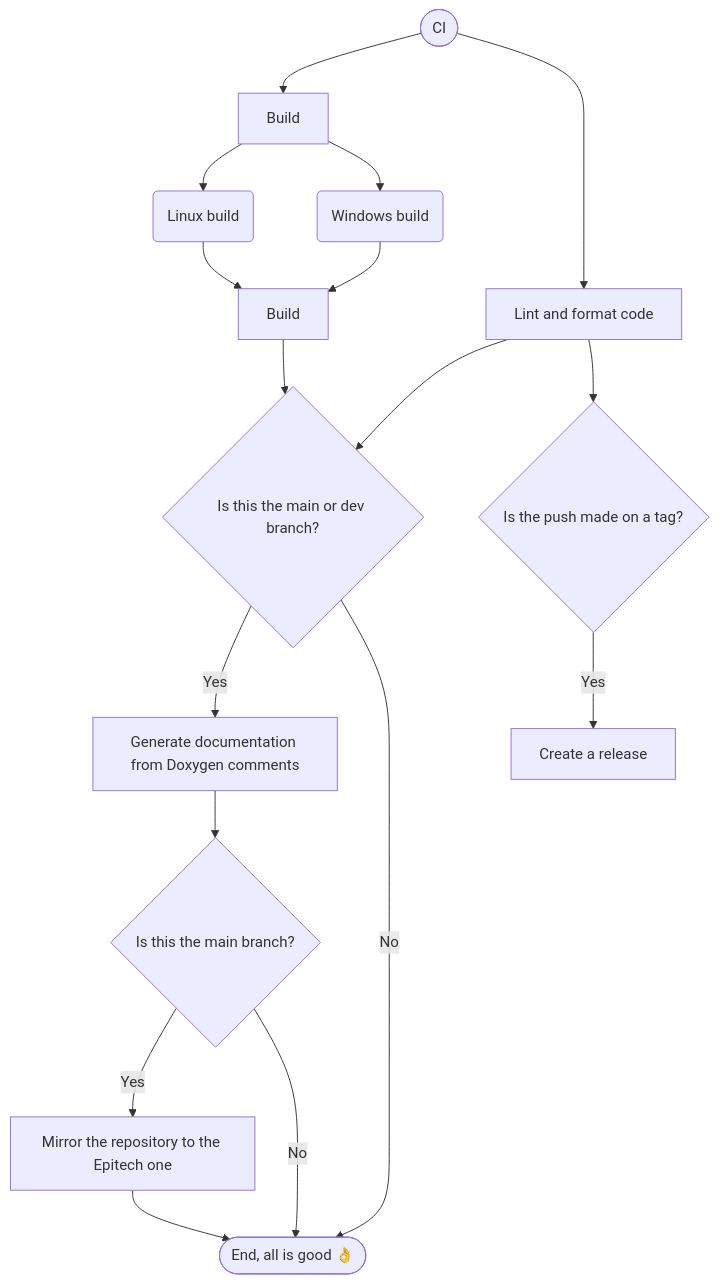
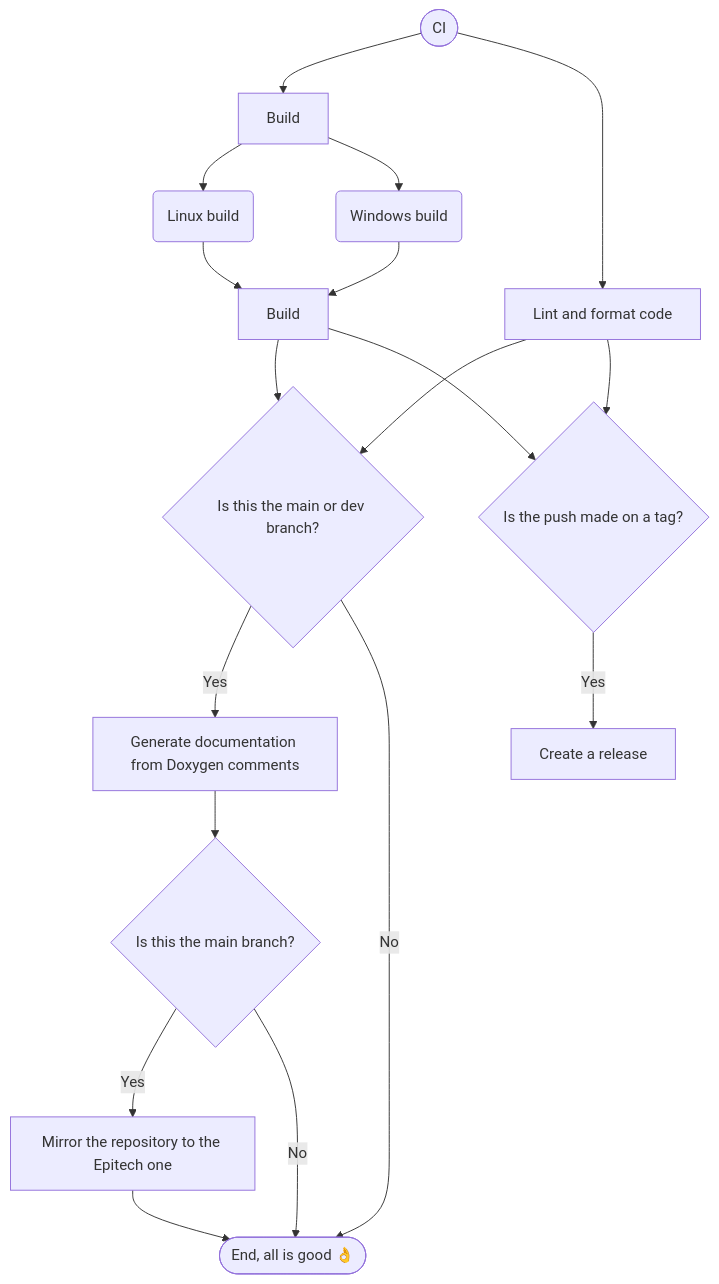
Before and after one commit to Z4RM/R-Type-CI: the diagram in .github/workflows/CI.md, drawn with Mermaid.

Commit message:
Update CI.md
[skip ci]

````diff
--- a/.github/workflows/CI.md
+++ b/.github/workflows/CI.md
@@ -3,32 +3,33 @@
 ```mermaid
 flowchart
     CI([CI])
     Linux(Linux build)
     Windows(Windows build)
     BuildAfter[Build]
     Lint[Lint and format code]
     Doxygen[Generate documentation from Doxygen comments]
     IsMain{Is this the main branch?}
     IsDev{Is this the main or dev branch?}
     IsTag{Is the push made on a tag?}
     Release[Create a release]
     Mirror[Mirror the repository to the Epitech one]
     End([End, all is good 👌])
 
     CI --> Build
     CI --> Lint
     Build --> Linux
     Build --> Windows
     Linux --> BuildAfter
     Windows --> BuildAfter
     BuildAfter --> IsDev
+    BuildAfter --> IsTag
     Lint --> IsDev
     Lint --> IsTag
     IsDev -->|Yes| Doxygen
     IsDev -->|No| End
     Doxygen --> IsMain
     IsMain -->|Yes| Mirror
     IsMain -->|No| End
     IsTag -->|Yes| Release
     Mirror --> End
 ```
````
